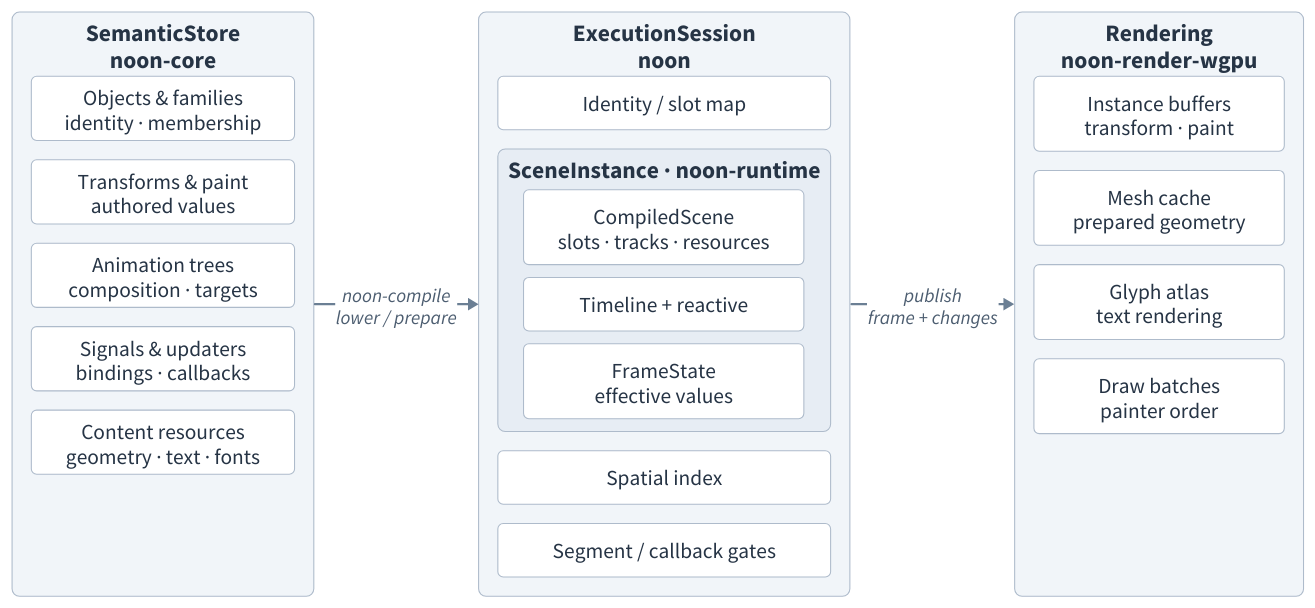
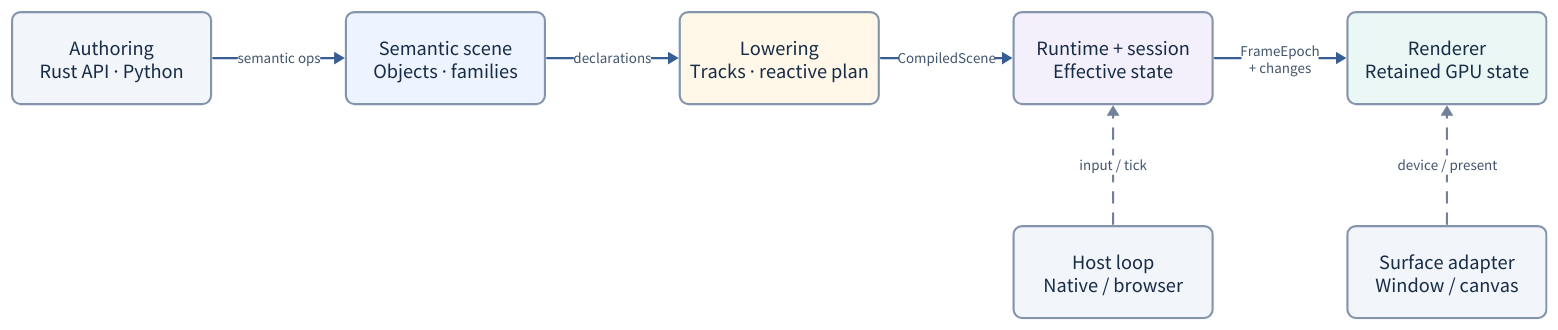
The diagram in docs/diagrams/overview.d2 (yongkyuns/noon), drawn with D2 before and after one commit. The commit also changed 3 other files, not shown here.

Commit message:
docs: adopt approved horizontal architecture overview

```diff
--- a/docs/diagrams/overview.d2
+++ b/docs/diagrams/overview.d2
@@ -1,48 +1,103 @@
-# Component composition; arrows are data flow, not Cargo dependencies.
-vars: {d2-config: {layout-engine: elk; theme-id: 0}}
-direction: right
+# Component/data view; interface details and rationale are in README.md and docs/architecture.md.
+vars: {
+  d2-config: {
+    layout-engine: elk
+    theme-id: 0
+    pad: 22
+  }
+}
 style.fill: "#FFFFFF"
 classes: {
-  component: {style: {font-size: 20; bold: false; font-color: "#263445"; fill: "#FFFFFF"; stroke: "#AEBBCB"; border-radius: 5; stroke-width: 1}}
-  group: {style: {font-size: 22; bold: true; font-color: "#263445"; fill: "#F1F5F9"; stroke: "#AEBBCB"; border-radius: 7; stroke-width: 1}}
+  component: {
+    width: 186
+    height: 86
+    style: {
+      fill: "#FFFFFF"
+      stroke: "#8394AC"
+      stroke-width: 2
+      border-radius: 8
+      font-size: 19
+      font-color: "#172C47"
+      bold: false
+    }
+  }
+  hidden: {
+    width: 186
+    height: 86
+    label: ""
+    style: {fill: transparent; stroke: transparent}
+  }
+  flow: {
+    style: {
+      stroke: "#365E94"
+      stroke-width: 2
+      font-size: 14
+      font-color: "#43566E"
+      italic: false
+    }
+  }
+  host: {
+    style: {
+      stroke: "#718198"
+      stroke-width: 2
+      stroke-dash: 5
+      font-size: 14
+      font-color: "#43566E"
+      italic: false
+    }
+  }
 }
-grid-columns: 3
-horizontal-gap: 154
-model: "SemanticStore\nnoon-core" {
-  class: group
-  grid-columns: 1
-  grid-gap: 18
-  objects: "Objects & families\nidentity · membership" {class: component; width: 246; height: 60}
-  state: "Transforms & paint\nauthored values" {class: component; width: 246; height: 60}
-  animation: "Animation trees\ncomposition · targets" {class: component; width: 246; height: 60}
-  signals: "Signals & updaters\nbindings · callbacks" {class: component; width: 246; height: 60}
-  resources: "Content resources\ngeometry · text · fonts" {class: component; width: 246; height: 60}
+
+# Fixed five-column grid: the first row is the data path. Empty cells in
+# row two keep the two host responsibilities directly below their consumers.
+grid-columns: 5
+horizontal-gap: 126
+vertical-gap: 114
+
+# D2 fills this five-column grid column-first. Each pair below is a
+# component on the first row, then its aligned cell on the host row.
+frontends: {
+  class: component
+  label: "Authoring\nRust API · Python"
+  style.fill: "#F2F5F9"
 }
-session: "ExecutionSession\nnoon" {
-  class: group
-  grid-columns: 1
-  grid-gap: 18
-  mapping: "Identity / slot map" {class: component; width: 290; height: 50}
-  runtime: "SceneInstance · noon-runtime" {
-    class: group
-    style.fill: "#E7EDF4"
-    grid-columns: 1
-    grid-gap: 12
-    plan: "CompiledScene\nslots · tracks · resources" {class: component; width: 262; height: 70}
-    drivers: "Timeline + reactive" {class: component; width: 262; height: 50}
-    frame: "FrameState\neffective values" {class: component; width: 262; height: 70}
-  }
-  spatial: "Spatial index" {class: component; width: 290; height: 50}
-  gates: "Segment / callback gates" {class: component; width: 290; height: 50}
+spacer1.class: hidden
+semantic: {
+  class: component
+  label: "Semantic scene\nObjects · families"
+  style.fill: "#EDF4FF"
 }
-renderer: "Rendering\nnoon-render-wgpu" {
-  class: group
-  grid-columns: 1
-  grid-gap: 18
-  instances: "Instance buffers\ntransform · paint" {class: component; width: 234; height: 70}
-  meshes: "Mesh cache\nprepared geometry" {class: component; width: 234; height: 70}
-  atlas: "Glyph atlas\ntext rendering" {class: component; width: 234; height: 70}
-  batches: "Draw batches\npainter order" {class: component; width: 234; height: 70}
+spacer2.class: hidden
+compile: {
+  class: component
+  label: "Lowering\nTracks · reactive plan"
+  style.fill: "#FFF7E8"
 }
-model -> session: "noon-compile\nlower / prepare" {style: {font-size: 18; stroke-width: 2; stroke: "#6B7F94"; font-color: "#4C5D70"}}
-session -> renderer: "publish\nframe + changes" {style: {font-size: 18; stroke-width: 2; stroke: "#6B7F94"; font-color: "#4C5D70"}}
+spacer3.class: hidden
+runtime: {
+  class: component
+  label: "Runtime + session\nEffective state"
+  style.fill: "#F4F0FB"
+}
+host_loop: {
+  class: component
+  label: "Host loop\nNative / browser"
+  style.fill: "#F2F5F9"
+}
+renderer: {
+  class: component
+  label: "Renderer\nRetained GPU state"
+  style.fill: "#EAF7F4"
+}
+host_surface: {
+  class: component
+  label: "Surface adapter\nWindow / canvas"
+  style.fill: "#F2F5F9"
+}
+
+frontends -> semantic: "semantic ops" {class: flow}
+semantic -> compile: "declarations" {class: flow}
+compile -> runtime: "CompiledScene" {class: flow}
+runtime -> renderer: "FrameEpoch\n+ changes" {class: flow}
+host_loop -> runtime: "input / tick" {class: host}
+host_surface -> renderer: "device / present" {class: host}
```
